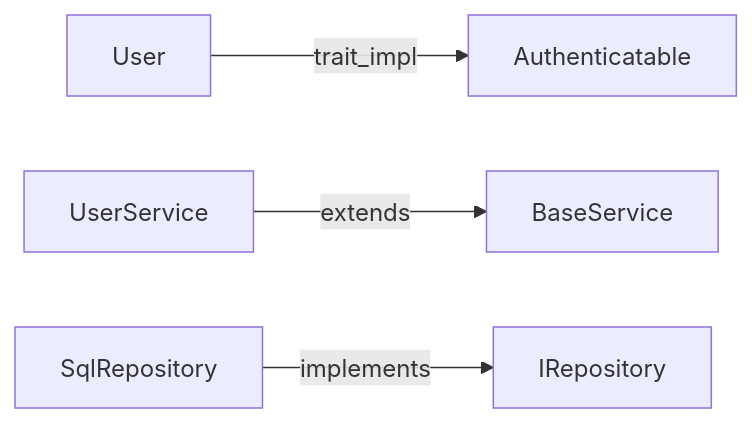
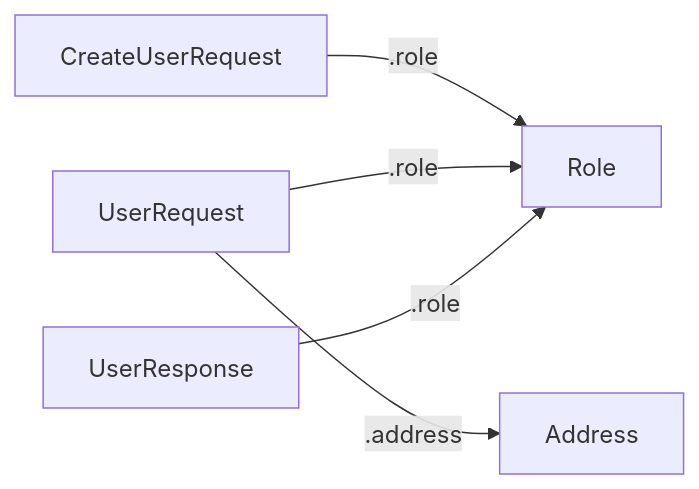
One commit to christophergutierrez/repomap changed the diagram in README.md. Above: the diagram before and after it, drawn with Mermaid. The commit also changed other lines of this file and 1 other file, not shown here.

````diff
--- a/README.md
+++ b/README.md
@@ -199,6 +198,7 @@
 ```mermaid
 graph LR
-    User["User"] -->|trait_impl| Authenticatable["Authenticatable"]
-    UserService["UserService"] -->|extends| BaseService["BaseService"]
-    SqlRepository["SqlRepository"] -->|implements| IRepository["IRepository"]
+    CreateUserRequest["CreateUserRequest"] -->|.role| Role["Role"]
+    UserRequest["UserRequest"] -->|.role| Role["Role"]
+    UserRequest["UserRequest"] -->|.address| Address["Address"]
+    UserResponse["UserResponse"] -->|.role| Role["Role"]
 ```
````
